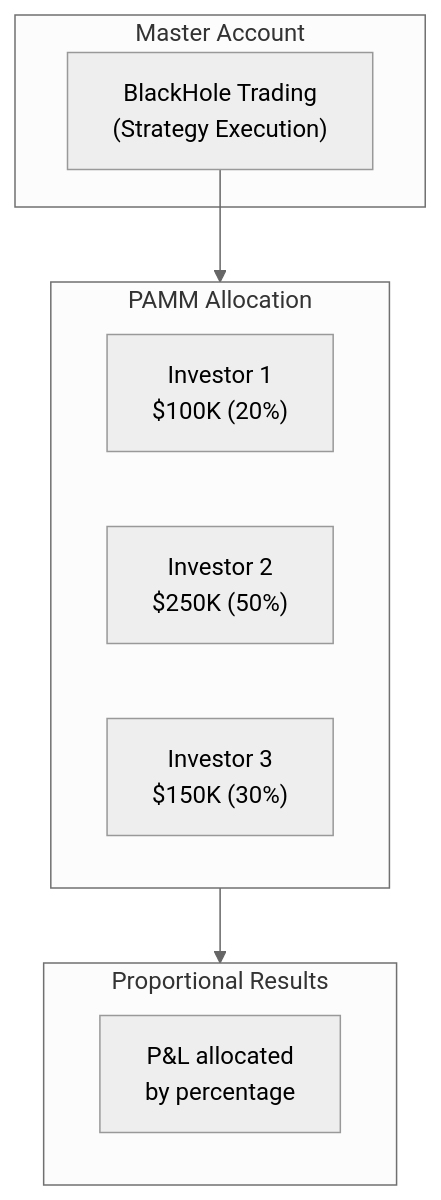
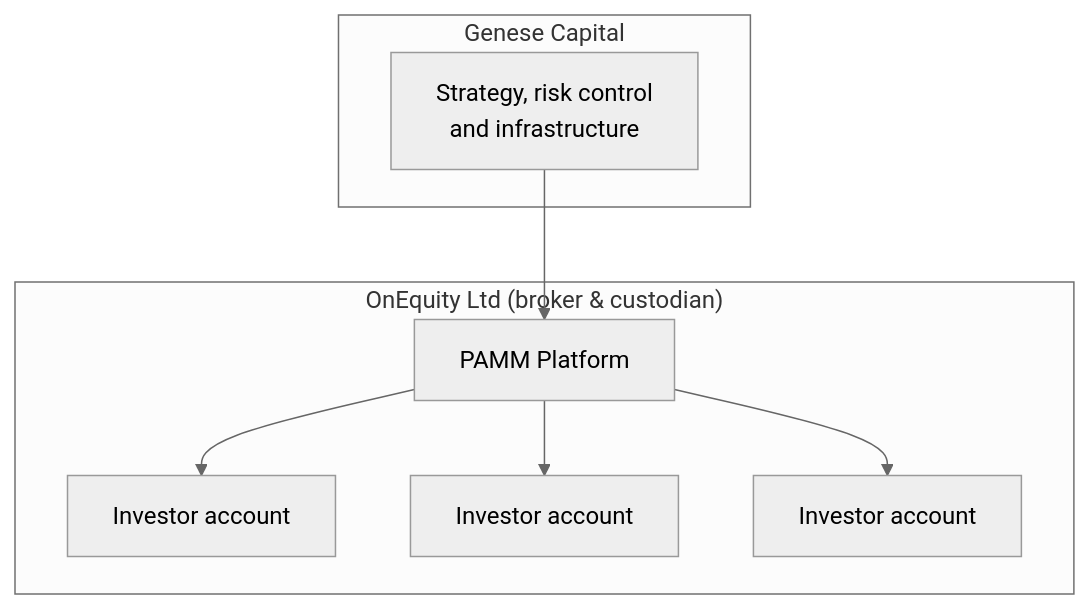
One commit to blackholefund/external_docs changed the diagram in docs/EXECUTIVE_SUMMARY.md. Above: the diagram before and after it, drawn with Mermaid (neutral theme). The commit also changed other lines of this file and 17 other files, not shown here.

First line of the commit message:
docs: update for Genese Capital rebrand and align with DD reference

````diff
--- a/docs/EXECUTIVE_SUMMARY.md
+++ b/docs/EXECUTIVE_SUMMARY.md
@@ -19,19 +53,18 @@
 ```mermaid
 flowchart TB
-    subgraph Master["Master Account"]
-        MA["BlackHole Trading\n(Strategy Execution)"]
+    subgraph Manager["Genese Capital"]
+        MA["Strategy, risk control\nand infrastructure"]
     end
 
-    subgraph PAMM["PAMM Allocation"]
-        I1["Investor 1\n$100K (20%)"]
-        I2["Investor 2\n$250K (50%)"]
-        I3["Investor 3\n$150K (30%)"]
-    end
-
-    subgraph Results["Proportional Results"]
-        R1["P&L allocated\nby percentage"]
+    subgraph Broker["OnEquity Ltd (broker & custodian)"]
+        PAMM["PAMM Platform"]
+        I1["Investor account"]
+        I2["Investor account"]
+        I3["Investor account"]
     end
 
     MA --> PAMM
-    PAMM --> Results
+    PAMM --> I1
+    PAMM --> I2
+    PAMM --> I3
 ```
````
